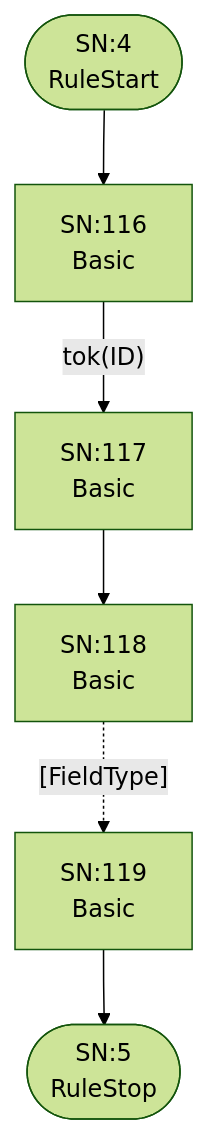
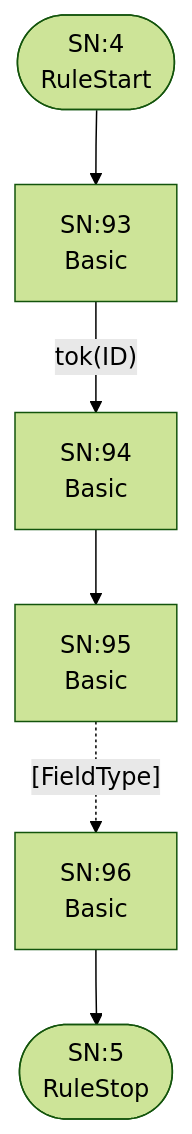
The third of 25 diagrams in internal/grammar/atn.md (TypeFox/fastbelt), drawn with Mermaid (forest theme) before and after one commit. The commit also changed other lines of this file and 12 other files, not shown here.

````diff
--- a/internal/grammar/atn.md
+++ b/internal/grammar/atn.md
@@ -118,15 +118,15 @@
 ```mermaid
 flowchart TD
     q4(["SN:4<br/>RuleStart"])
     q5(["SN:5<br/>RuleStop"])
-    q116["SN:116<br/>Basic<br/>"]
-    q117["SN:117<br/>Basic<br/>"]
-    q118["SN:118<br/>Basic<br/>"]
-    q119["SN:119<br/>Basic<br/>"]
+    q93["SN:93<br/>Basic<br/>"]
+    q94["SN:94<br/>Basic<br/>"]
+    q95["SN:95<br/>Basic<br/>"]
+    q96["SN:96<br/>Basic<br/>"]
 
-    q4 --> q116
-    q116 -->|"tok(ID)"| q117
-    q117 --> q118
-    q118 -.->|"[FieldType]"| q119
-    q119 --> q5
+    q4 --> q93
+    q93 -->|"tok(ID)"| q94
+    q94 --> q95
+    q95 -.->|"[FieldType]"| q96
+    q96 --> q5
 ```
````
